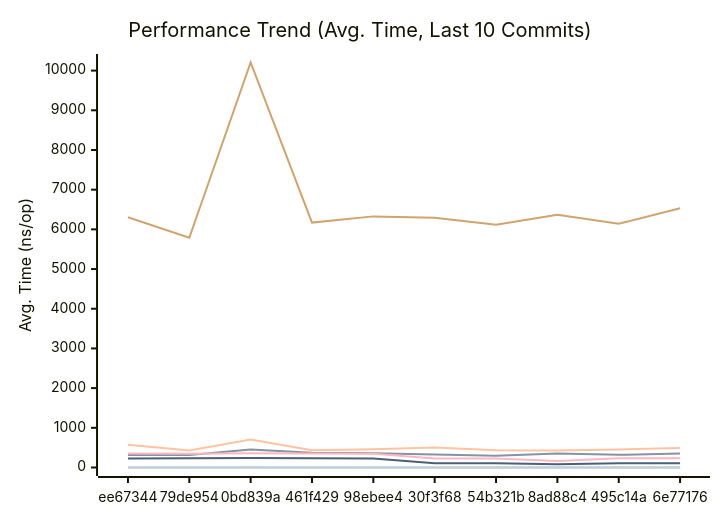
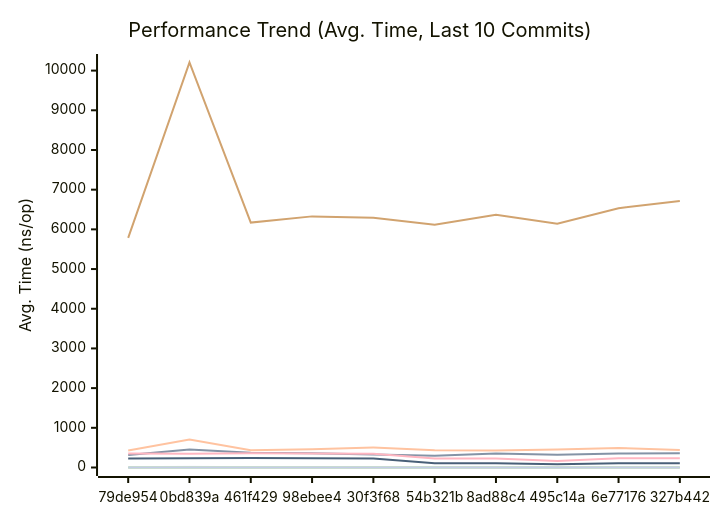
One commit to alsotoes/momo changed the first of 3 diagrams in docs/PERFORMANCE.md. Above: the diagram before and after it, drawn with Mermaid. The commit also changed other lines of this file and 2 other files, not shown here.

````diff
--- a/docs/PERFORMANCE.md
+++ b/docs/PERFORMANCE.md
@@ -120,16 +120,16 @@
 ```mermaid
 xychart-beta
     title "Performance Trend (Avg. Time, Last 10 Commits)"
     x-axis "Commit"
     y-axis "Avg. Time (ns/op)"
-    x-axis [ee67344,79de954,0bd839a,461f429,98ebee4,30f3f68,54b321b,8ad88c4,495c14a,6e77176]
-    line "CheckMetricsAndSwap" [10,8,18,9,10,8,9,9,8,10]
-    line "CrushOptimized" [312,314,456,371,361,325,299,354,319,351]
-    line "CrushOriginal" [573,431,705,437,457,505,436,427,453,491]
+    x-axis [79de954,0bd839a,461f429,98ebee4,30f3f68,54b321b,8ad88c4,495c14a,6e77176,327b442]
+    line "CheckMetricsAndSwap" [8,18,9,10,8,9,9,8,10,9]
+    line "CrushOptimized" [314,456,371,361,325,299,354,319,351,357]
+    line "CrushOriginal" [431,705,437,457,505,436,427,453,491,441]
     line "IndexDirectTracking" [0,0,0,0,0,0,0,0,0,0]
     line "IndexSearch" [3,3,3,3,3,3,3,3,3,3]
-    line "LoadGlobalConfig" [6306,5787,10204,6171,6327,6294,6114,6368,6141,6534]
-    line "PadString" [2,2,2,2,2,3,2,2,2,2]
+    line "LoadGlobalConfig" [5787,10204,6171,6327,6294,6114,6368,6141,6534,6713]
+    line "PadString" [2,2,2,2,3,2,2,2,2,3]
     line "ParseReplicationOrder_NoPrealloc" [350,349,357,354,345,225,229,165,232,234]
     line "ParseReplicationOrder_Prealloc" [229,231,237,234,229,108,107,80,110,109]
 ```
````
